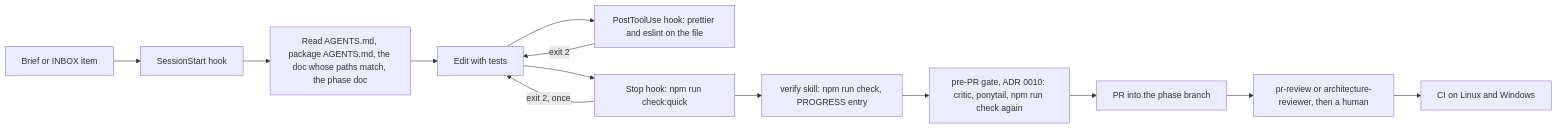
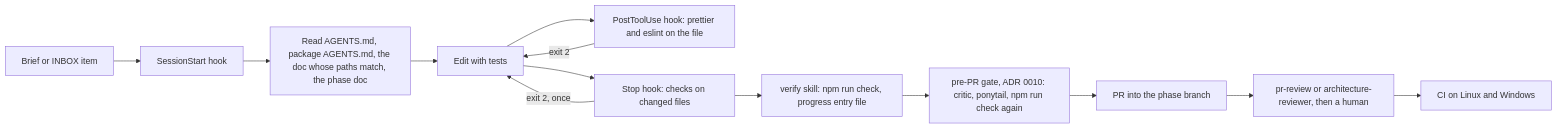
Before and after one commit to SamarjitBhogal/eternalus: the diagram in docs/architecture/16-agentic-harness.md, drawn with Mermaid. The commit also changed other lines of this file and 663 other files, not shown here.

First line of the commit message:
feat: add timeline frame configuration and related tests

````diff
--- a/docs/architecture/16-agentic-harness.md
+++ b/docs/architecture/16-agentic-harness.md
@@ -47,15 +47,15 @@
 ```mermaid
 flowchart LR
   A[Brief or INBOX item] --> B[SessionStart hook]
   B --> C[Read AGENTS.md, package AGENTS.md, the doc whose paths match, the phase doc]
   C --> D[Edit with tests]
   D --> E[PostToolUse hook: prettier and eslint on the file]
   E -->|exit 2| D
-  D --> F[Stop hook: npm run check:quick]
+  D --> F[Stop hook: checks on changed files]
   F -->|exit 2, once| D
-  F --> G[verify skill: npm run check, PROGRESS entry]
+  F --> G[verify skill: npm run check, progress entry file]
   G --> G2[pre-PR gate, ADR 0010: critic, ponytail, npm run check again]
   G2 --> H[PR into the phase branch]
   H --> I[pr-review or architecture-reviewer, then a human]
   I --> J[CI on Linux and Windows]
 ```
````
